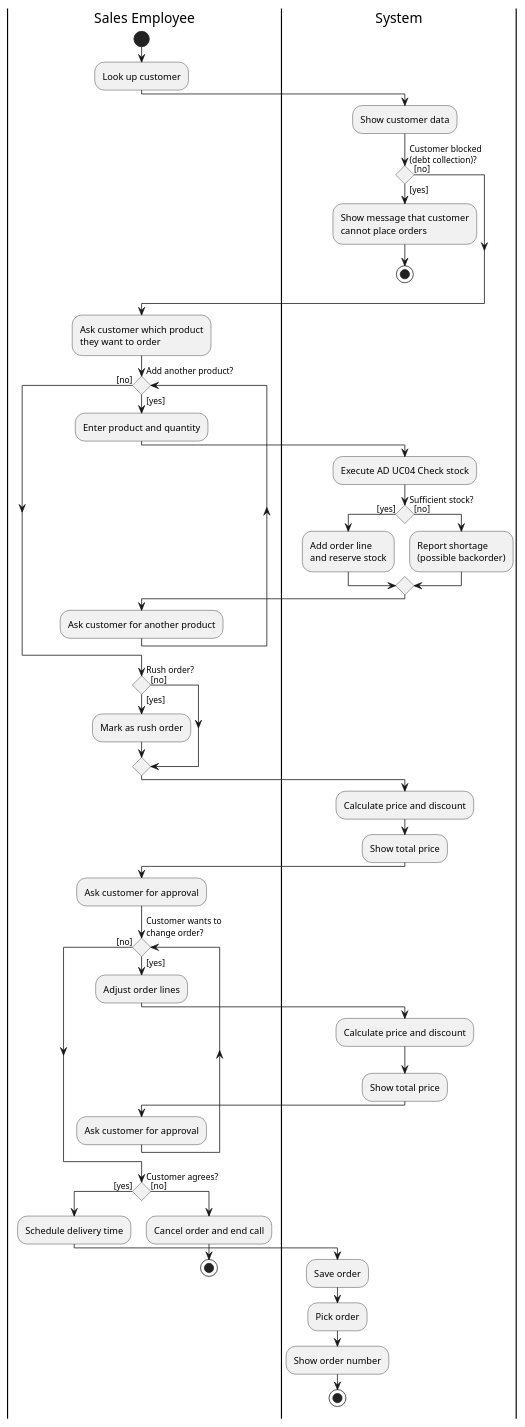
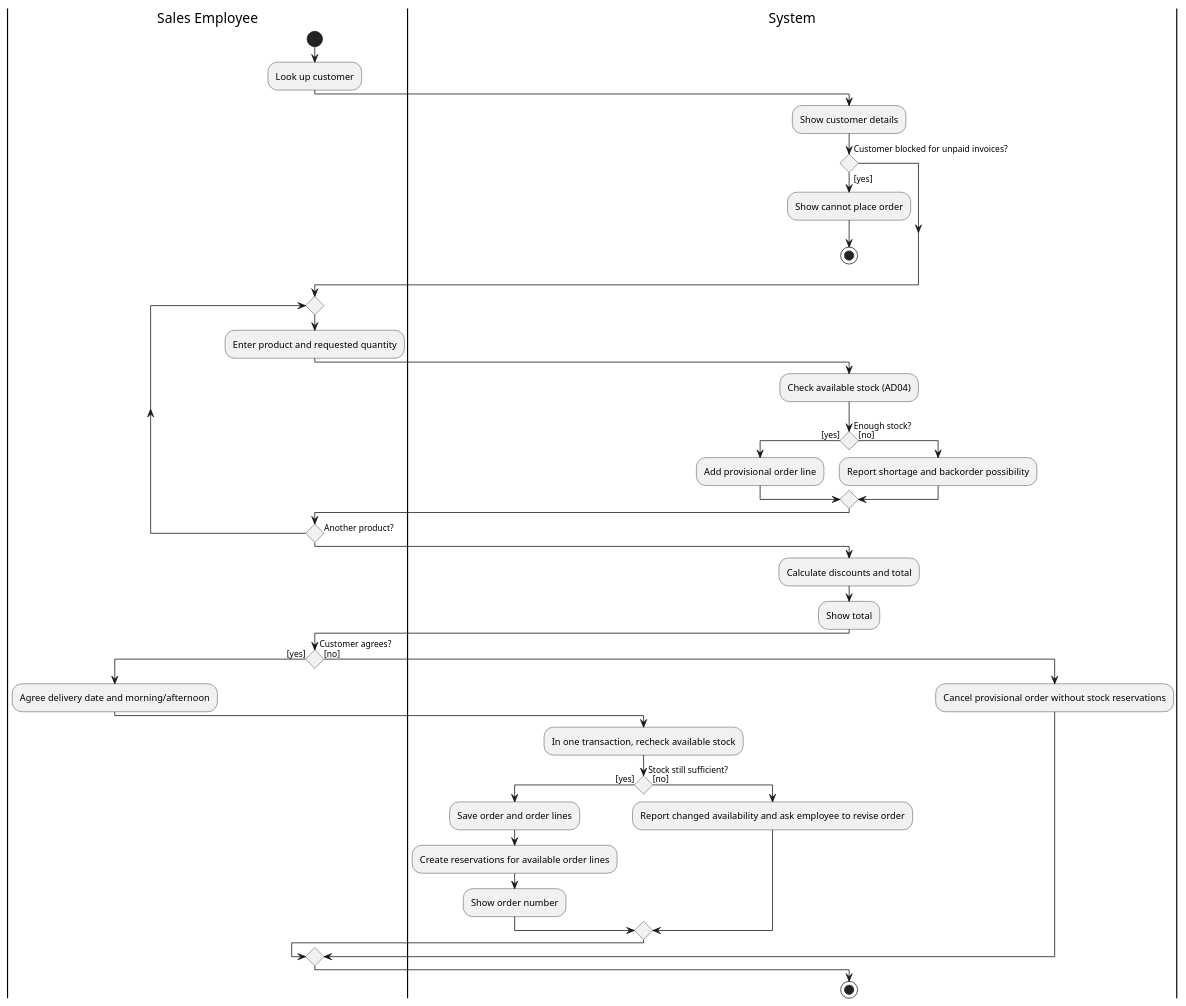
Before and after one commit to ViktorQorri/Project-Timaflu: the diagram in Documentation/Architecture/uml/src/activity_diagrams/AD05_Enter_order.puml, drawn with PlantUML. The commit also changed 2 other files, not shown here.

Commit message:
Align purchasing and stock activity flows with Timaflu case

```diff
--- a/Documentation/Architecture/uml/src/activity_diagrams/AD05_Enter_order.puml
+++ b/Documentation/Architecture/uml/src/activity_diagrams/AD05_Enter_order.puml
@@ -1,64 +1,45 @@
 @startuml
 skinparam conditionStyle diamond
 skinparam ConditionEndStyle diamond
 skinparam ActivityDiamondFontSize 11
-
 |Sales Employee|
 start
 :Look up customer;
-
 |System|
-:Show customer data;
-if (Customer blocked\n(debt collection)?) then ([yes])
-  :Show message that customer\ncannot place orders;
+:Show customer details;
+if (Customer blocked for unpaid invoices?) then ([yes])
+  :Show cannot place order;
   stop
-else ([no])
 endif
-
 |Sales Employee|
-:Ask customer which product\nthey want to order;
-while (Add another product?) is ([yes])
-  :Enter product and quantity;
+repeat
+  :Enter product and requested quantity;
   |System|
-  :Execute AD UC04 Check stock;
-  if (Sufficient stock?) then ([yes])
-    :Add order line\nand reserve stock;
+  :Check available stock (AD04);
+  if (Enough stock?) then ([yes])
+    :Add provisional order line;
   else ([no])
-    :Report shortage\n(possible backorder);
+    :Report shortage and backorder possibility;
   endif
   |Sales Employee|
-  :Ask customer for another product;
-endwhile ([no])
-
-if (Rush order?) then ([yes])
-  :Mark as rush order;
+repeat while (Another product?) is ([yes])
+|System|
+:Calculate discounts and total;
+:Show total;
+|Sales Employee|
+if (Customer agrees?) then ([yes])
+  :Agree delivery date and morning/afternoon;
+  |System|
+  :In one transaction, recheck available stock;
+  if (Stock still sufficient?) then ([yes])
+    :Save order and order lines;
+    :Create reservations for available order lines;
+    :Show order number;
+  else ([no])
+    :Report changed availability and ask employee to revise order;
+  endif
 else ([no])
+  :Cancel provisional order without stock reservations;
 endif
-
-|System|
-:Calculate price and discount;
-:Show total price;
-|Sales Employee|
-:Ask customer for approval;
-while (Customer wants to\nchange order?) is ([yes])
-  :Adjust order lines;
-  |System|
-  :Calculate price and discount;
-  :Show total price;
-  |Sales Employee|
-  :Ask customer for approval;
-endwhile ([no])
-
-if (Customer agrees?) then ([yes])
-  :Schedule delivery time;
-  |System|
-  :Save order;
-  :Pick order;
-  :Show order number;
-  stop
-else ([no])
-  |Sales Employee|
-  :Cancel order and end call;
-  stop
-endif
+stop
 @enduml
```
